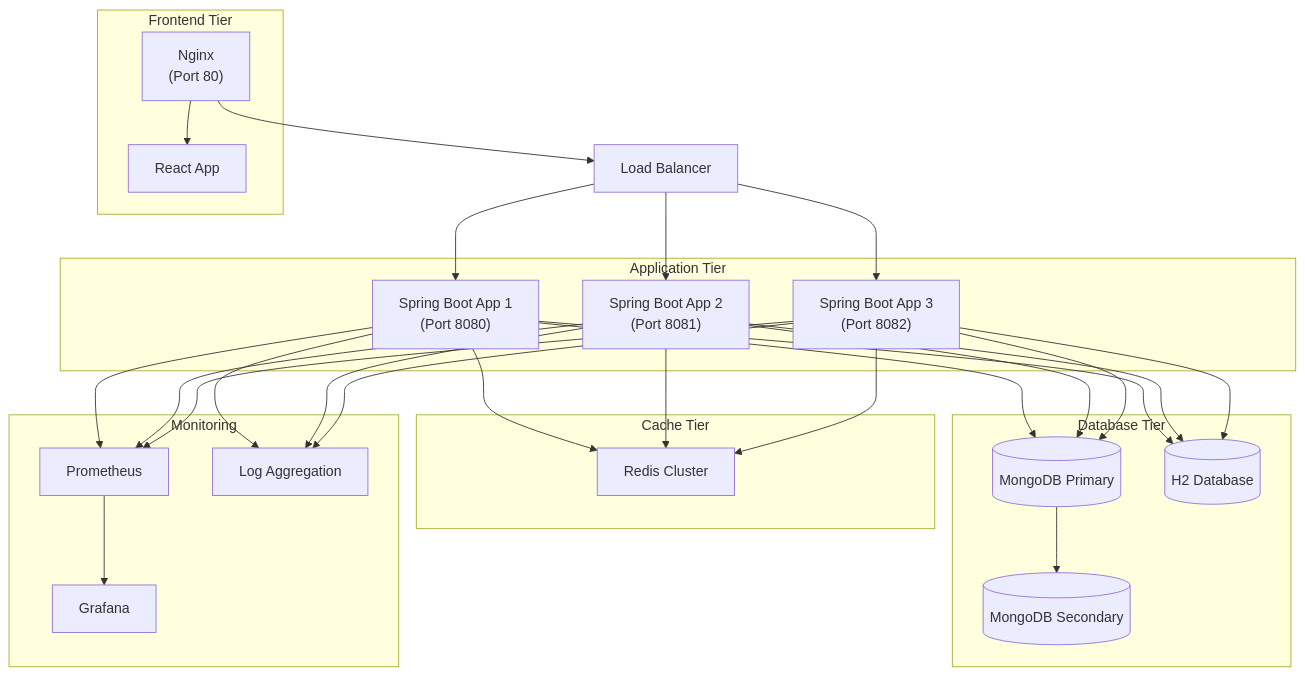
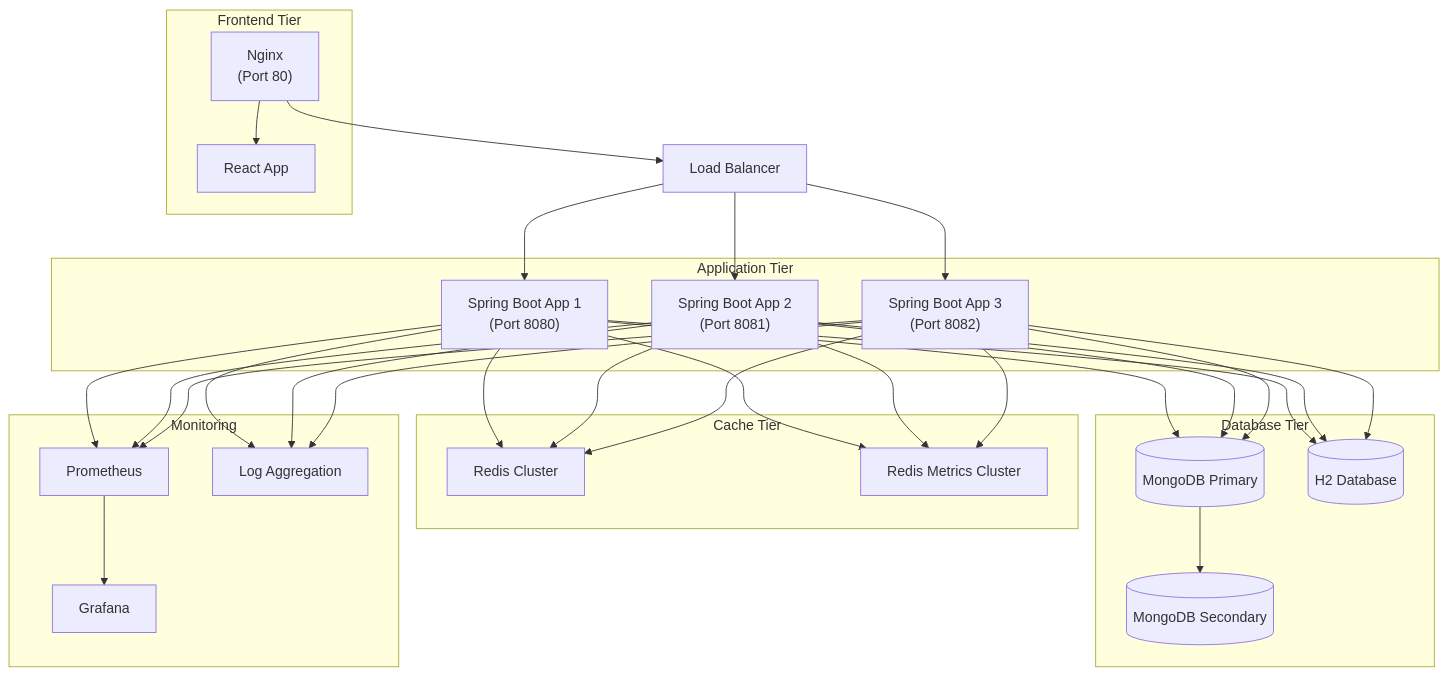
One commit to songfei1983/play-spring-boot-api changed the fourth of 4 diagrams in architecture-diagram.md. Above: the diagram before and after it, drawn with Mermaid. The commit also changed other lines of this file, not shown here.

````diff
--- a/architecture-diagram.md
+++ b/architecture-diagram.md
@@ -395,67 +420,71 @@
 ```mermaid
 graph TB
     %% 负载均衡
     LB["Load Balancer"]
     
     %% 应用实例
     subgraph "Application Tier"
         APP1["Spring Boot App 1\n(Port 8080)"]
         APP2["Spring Boot App 2\n(Port 8081)"]
         APP3["Spring Boot App 3\n(Port 8082)"]
     end
     
     %% 前端
     subgraph "Frontend Tier"
         NGINX["Nginx\n(Port 80)"]
         REACT["React App"]
     end
     
     %% 数据库集群
     subgraph "Database Tier"
         MONGO_PRIMARY[("MongoDB Primary")]
         MONGO_SECONDARY[("MongoDB Secondary")]
         H2_DB[("H2 Database")]
     end
     
     %% 缓存层
     subgraph "Cache Tier"
-        REDIS["Redis Cluster"]
+        REDIS_CLUSTER["Redis Cluster"]
+        REDIS_METRICS_CLUSTER["Redis Metrics Cluster"]
     end
     
     %% 监控
     subgraph "Monitoring"
         PROMETHEUS["Prometheus"]
         GRAFANA["Grafana"]
         LOGS["Log Aggregation"]
     end
     
     LB --> APP1
     LB --> APP2
     LB --> APP3
     
     NGINX --> REACT
     NGINX --> LB
     
     APP1 --> MONGO_PRIMARY
     APP2 --> MONGO_PRIMARY
     APP3 --> MONGO_PRIMARY
     
     MONGO_PRIMARY --> MONGO_SECONDARY
     
     APP1 --> H2_DB
     APP2 --> H2_DB
     APP3 --> H2_DB
     
-    APP1 --> REDIS
-    APP2 --> REDIS
-    APP3 --> REDIS
+    APP1 --> REDIS_CLUSTER
+    APP1 --> REDIS_METRICS_CLUSTER
+    APP2 --> REDIS_CLUSTER
+    APP2 --> REDIS_METRICS_CLUSTER
+    APP3 --> REDIS_CLUSTER
+    APP3 --> REDIS_METRICS_CLUSTER
     
     APP1 --> PROMETHEUS
     APP2 --> PROMETHEUS
     APP3 --> PROMETHEUS
     
     PROMETHEUS --> GRAFANA
     APP1 --> LOGS
     APP2 --> LOGS
     APP3 --> LOGS
 ```
````
